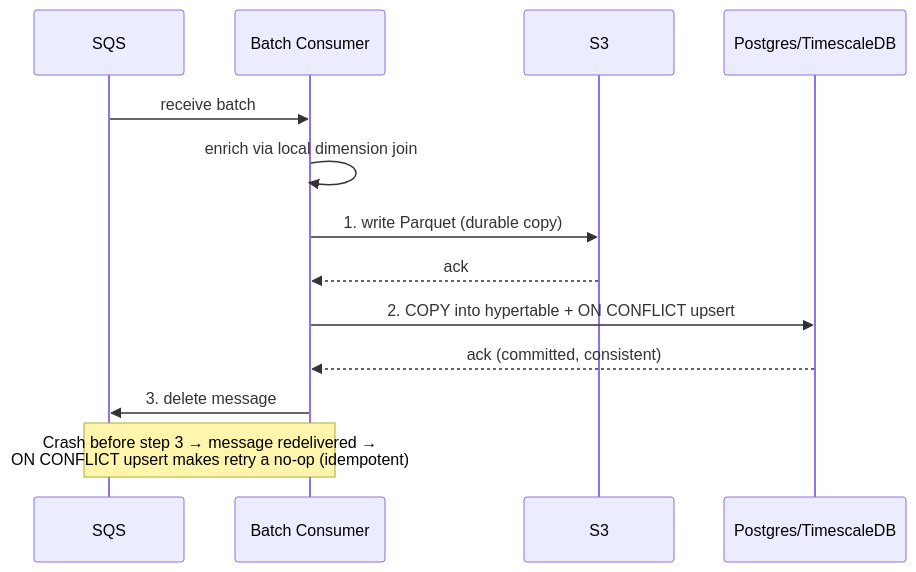
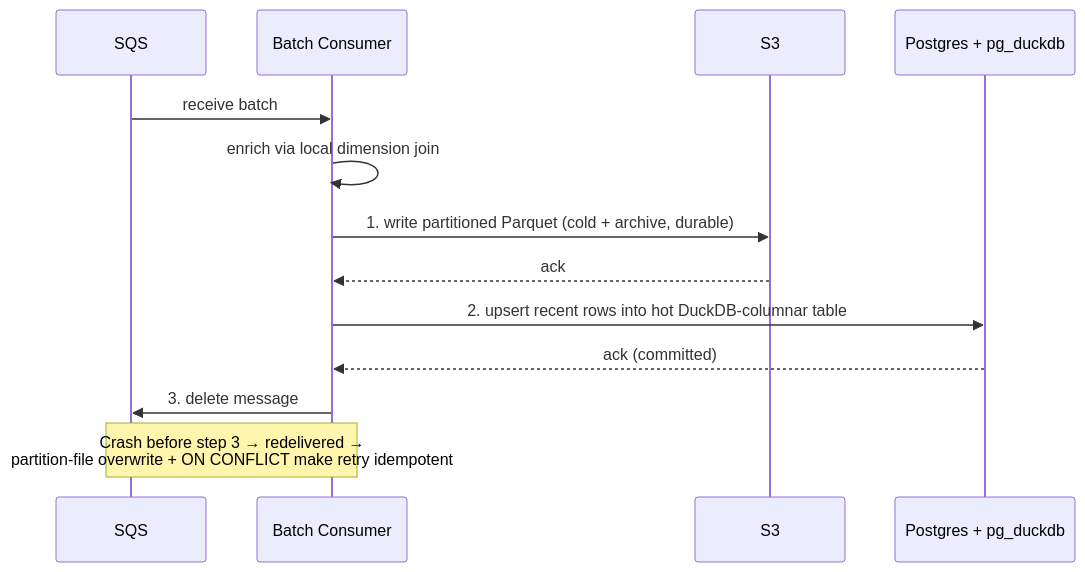
Before and after one commit to MagenticIn/MLS-Revamp: the third of 6 diagrams in architecture.md, drawn with Mermaid. The commit also changed other lines of this file, not shown here.

First line of the commit message:
Rewrite around pg_duckdb hot/cold lakehouse

````diff
--- a/architecture.md
+++ b/architecture.md
@@ -134,16 +141,16 @@
 ```mermaid
 sequenceDiagram
     participant SQS
     participant C as Batch Consumer
     participant S3
-    participant PG as Postgres/TimescaleDB
+    participant PG as Postgres + pg_duckdb
 
     SQS->>C: receive batch
     C->>C: enrich via local dimension join
-    C->>S3: 1. write Parquet (durable copy)
+    C->>S3: 1. write partitioned Parquet (cold + archive, durable)
     S3-->>C: ack
-    C->>PG: 2. COPY into hypertable + ON CONFLICT upsert
-    PG-->>C: ack (committed, consistent)
+    C->>PG: 2. upsert recent rows into hot DuckDB-columnar table
+    PG-->>C: ack (committed)
     C->>SQS: 3. delete message
-    Note over C,SQS: Crash before step 3 → message redelivered →<br/>ON CONFLICT upsert makes retry a no-op (idempotent)
+    Note over C,SQS: Crash before step 3 → redelivered →<br/>partition-file overwrite + ON CONFLICT make retry idempotent
 ```
````
